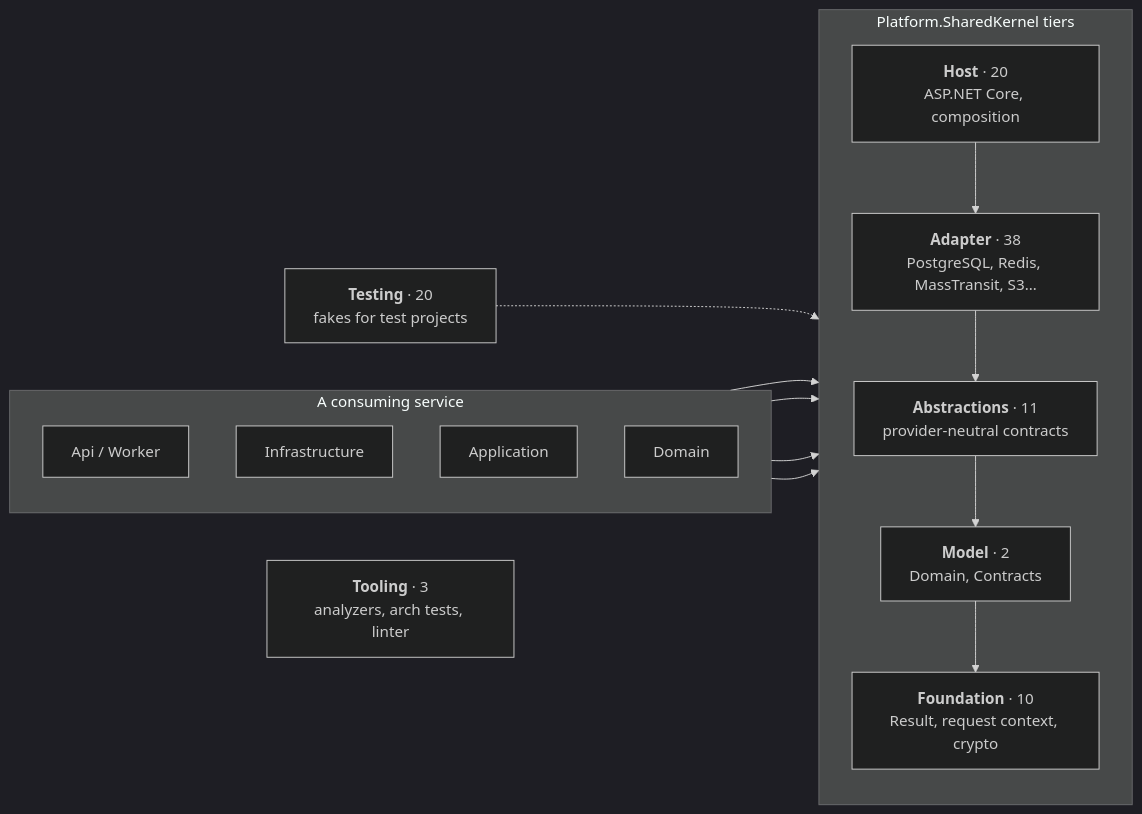
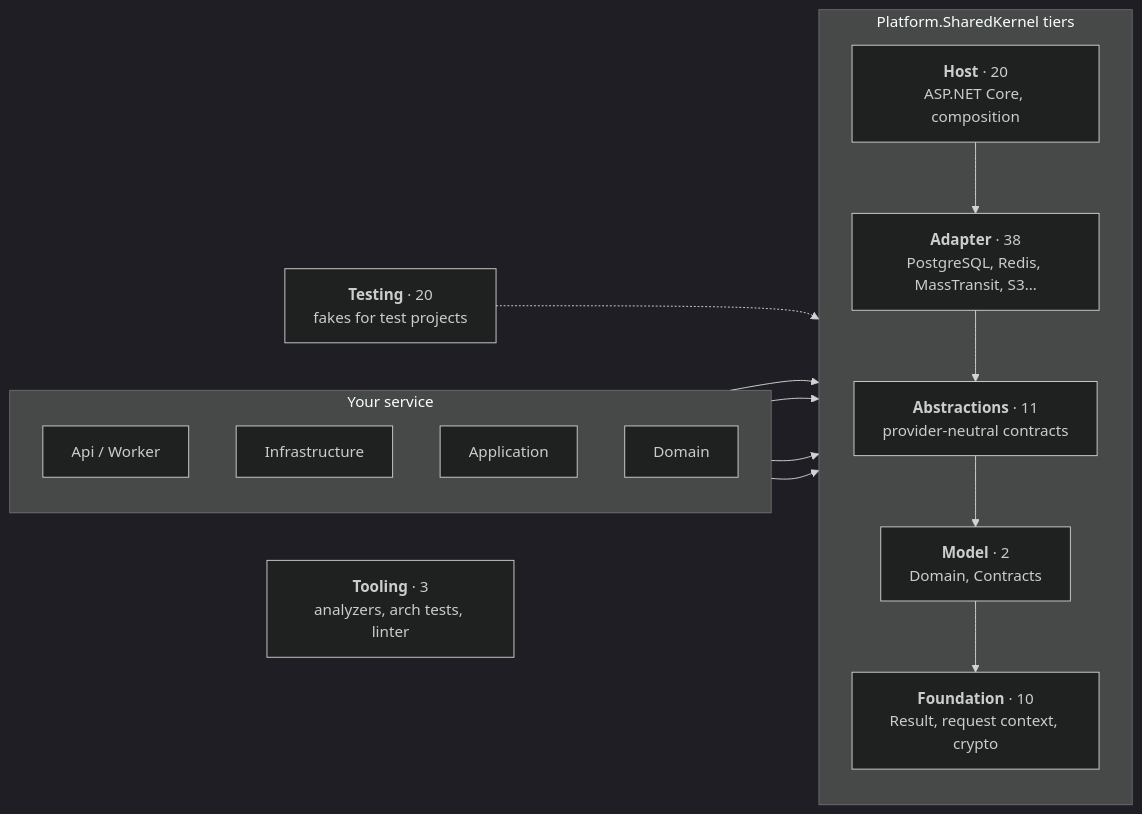
One commit to Gresta-Vertex-Labs/platform-shared-kernel changed the diagram in README.md. Above: the diagram before and after it, drawn with Mermaid (dark theme). The commit also changed other lines of this file and 228 other files, not shown here.

````diff
--- a/README.md
+++ b/README.md
@@ -104,28 +91,28 @@
 ```mermaid
 flowchart LR
-    subgraph service["A consuming service"]
+    subgraph service["Your service"]
         direction TB
         Api["Api / Worker"]
         Infra["Infrastructure"]
         App["Application"]
         Dom["Domain"]
     end
 
     subgraph kernel["Platform.SharedKernel tiers"]
         direction TB
         Host["<b>Host</b> · 20<br/>ASP.NET Core, composition"]
         Adapter["<b>Adapter</b> · 38<br/>PostgreSQL, Redis, MassTransit, S3…"]
         Abs["<b>Abstractions</b> · 11<br/>provider-neutral contracts"]
         Model["<b>Model</b> · 2<br/>Domain, Contracts"]
         Found["<b>Foundation</b> · 10<br/>Result, request context, crypto"]
         Host --> Adapter --> Abs --> Model --> Found
     end
 
     Testing["<b>Testing</b> · 20<br/>fakes for test projects"] -.-> Host
     Tooling["<b>Tooling</b> · 3<br/>analyzers, arch tests, linter"]
 
     Api --> Host
     Infra --> Adapter
     App --> Abs
     Dom --> Model
 ```
````
